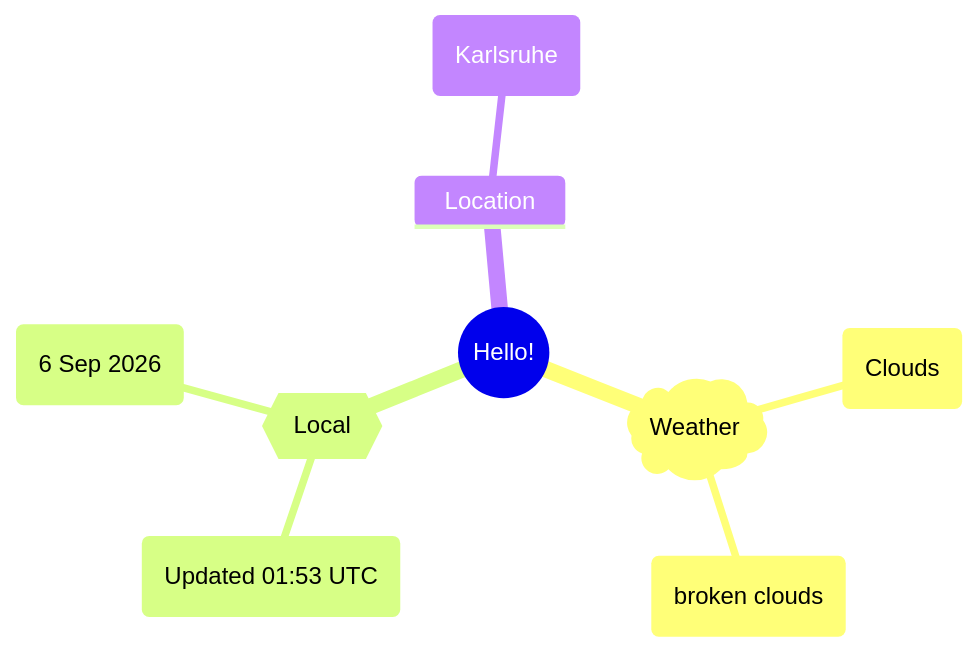
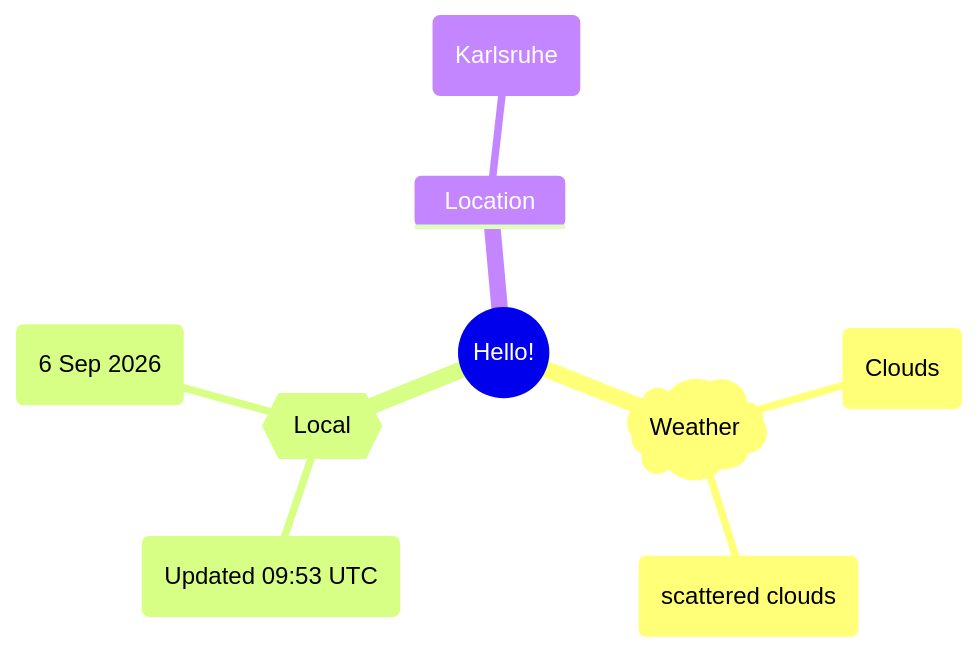
The first of 2 diagrams in README.md (Xosrov/Xosrov), drawn with Mermaid before and after one commit.

Commit message:
[bot] updated images

````diff
--- a/README.md
+++ b/README.md
@@ -3,12 +3,12 @@
 ```mermaid
 mindmap
   root((Hello!))
     )Weather(
         (Clouds)
-        (broken clouds)
+        (scattered clouds)
     {{Local}}
-        (Updated 01:53 UTC)
+        (Updated 09:53 UTC)
         (6 Sep 2026)
     Location
         (Karlsruhe)
 ```
````
